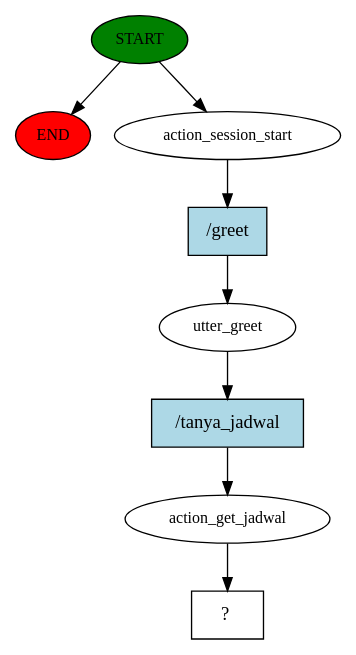
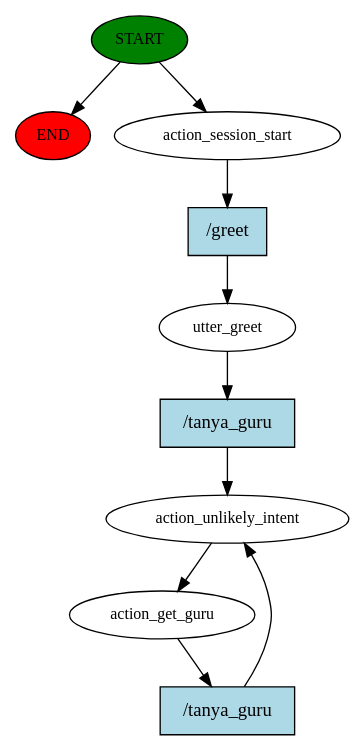
The diagram in story_graph.dot (Ardika000/RASA-AI-DITA_BOT), drawn with Graphviz before and after one commit. The commit also changed 62 other files, not shown here.

```diff
--- a/story_graph.dot
+++ b/story_graph.dot
@@ -1,17 +1,20 @@
 digraph  {
 0 [class="start active", fillcolor=green, fontsize=12, label=START, style=filled];
 "-1" [class=end, fillcolor=red, fontsize=12, label=END, style=filled];
 1 [class=active, fontsize=12, label=action_session_start];
 2 [class=active, fontsize=12, label=utter_greet];
-3 [class=active, fontsize=12, label=action_get_jadwal];
-4 [class="intent dashed active", label="  ?  ", shape=rect];
-5 [class="intent active", fillcolor=lightblue, label="/greet", shape=rect, style=filled];
-6 [class="intent active", fillcolor=lightblue, label="/tanya_jadwal", shape=rect, style=filled];
+3 [class=active, fontsize=12, label=action_unlikely_intent];
+4 [class="active dashed", fontsize=12, label=action_get_guru];
+7 [class="intent active", fillcolor=lightblue, label="/greet", shape=rect, style=filled];
+8 [class="intent active", fillcolor=lightblue, label="/tanya_guru", shape=rect, style=filled];
+9 [class="intent active", fillcolor=lightblue, label="/tanya_guru", shape=rect, style=filled];
 0 -> "-1"  [class="", key=NONE, label=""];
 0 -> 1  [class=active, key=NONE, label=""];
-1 -> 5  [class=active, key=0];
-2 -> 6  [class=active, key=0];
+1 -> 7  [class=active, key=0];
+2 -> 8  [class=active, key=0];
 3 -> 4  [class=active, key=NONE, label=""];
-5 -> 2  [class=active, key=0];
-6 -> 3  [class=active, key=0];
+4 -> 9  [class=active, key=0];
+7 -> 2  [class=active, key=0];
+8 -> 3  [class=active, key=0];
+9 -> 3  [class=active, key=0];
 }
```
